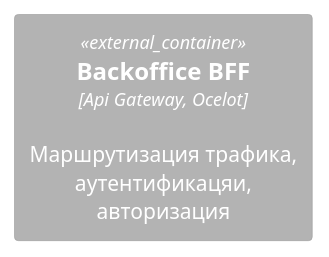
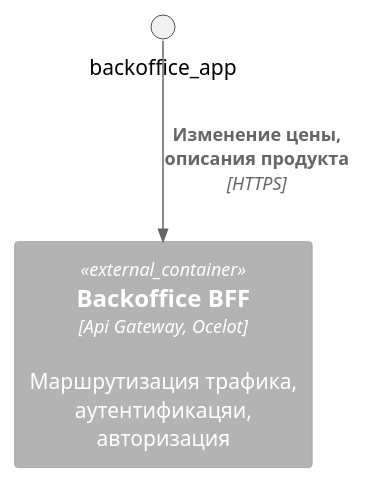
One commit to gerzhan/knigaexpert-system-design changed the diagram in containers/gateways/backoffice-gateway.puml. Above: the diagram before and after it, drawn with PlantUML. The commit also changed 2 other files, not shown here.

```diff
--- a/containers/gateways/backoffice-gateway.puml
+++ b/containers/gateways/backoffice-gateway.puml
@@ -1,4 +1,5 @@
 @startuml
 !include https://raw.githubusercontent.com/plantuml-stdlib/C4-PlantUML/master/C4_Container.puml
 Container_Ext(backoffice_bff, "Backoffice BFF", "Api Gateway, Ocelot", "Маршрутизация трафика, аутентификацяи, авторизация")
+Rel(backoffice_app, backoffice_bff, "Изменение цены, описания продукта", "HTTPS")
 @enduml
```
